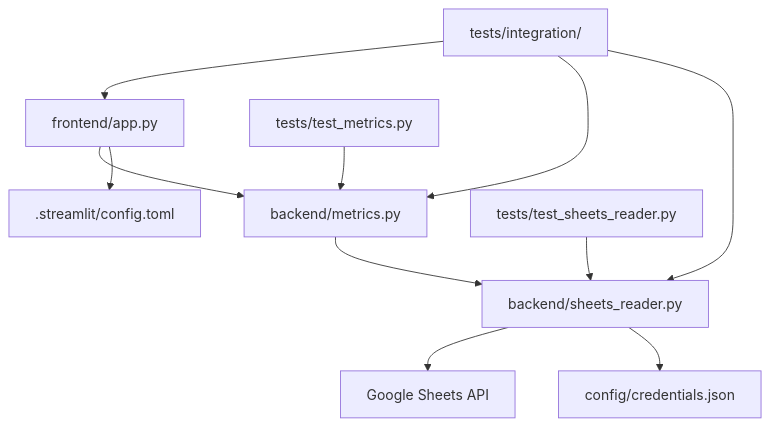
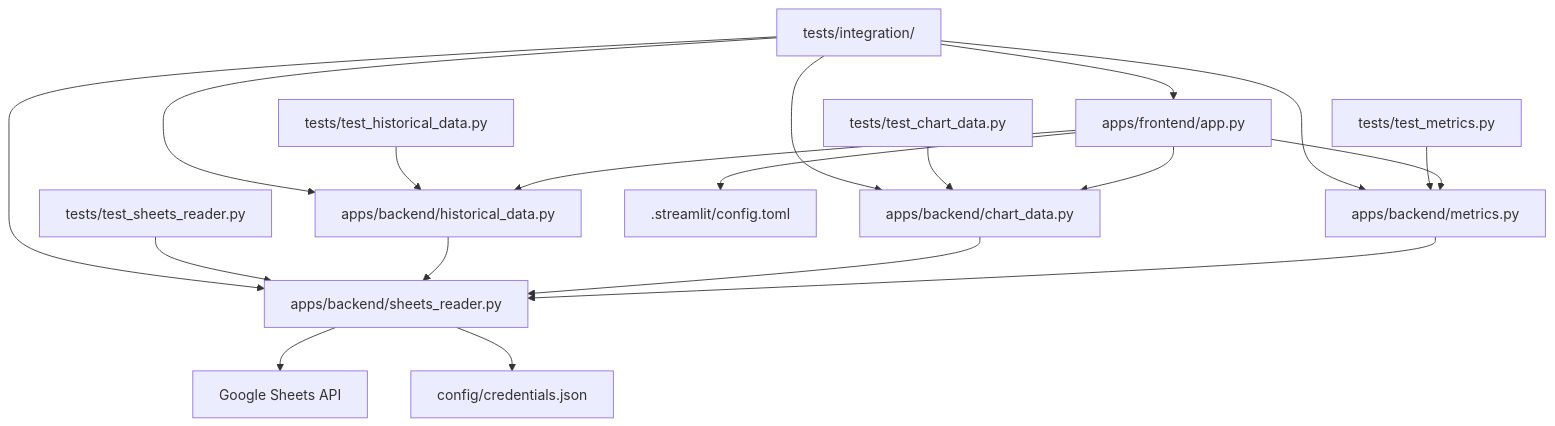
The diagram in docs/architecture/source-tree.md (AojdevStudio/dental-analytics), drawn with Mermaid before and after one commit. The commit also changed other lines of this file and 18 other files, not shown here.

````diff
--- a/docs/architecture/source-tree.md
+++ b/docs/architecture/source-tree.md
@@ -223,14 +233,22 @@
 ```mermaid
 graph TD
-    A[frontend/app.py] --> B[backend/metrics.py]
-    B --> C[backend/sheets_reader.py]
+    A[apps/frontend/app.py] --> B[apps/backend/metrics.py]
+    A --> H[apps/backend/chart_data.py]
+    A --> I[apps/backend/historical_data.py]
+    B --> C[apps/backend/sheets_reader.py]
+    H --> C
+    I --> C
     C --> D[Google Sheets API]
     C --> E[config/credentials.json]
     A --> F[.streamlit/config.toml]
 
     T1[tests/test_metrics.py] --> B
     T2[tests/test_sheets_reader.py] --> C
+    T4[tests/test_chart_data.py] --> H
+    T5[tests/test_historical_data.py] --> I
     T3[tests/integration/] --> A
     T3 --> B
     T3 --> C
+    T3 --> H
+    T3 --> I
 ```
````
